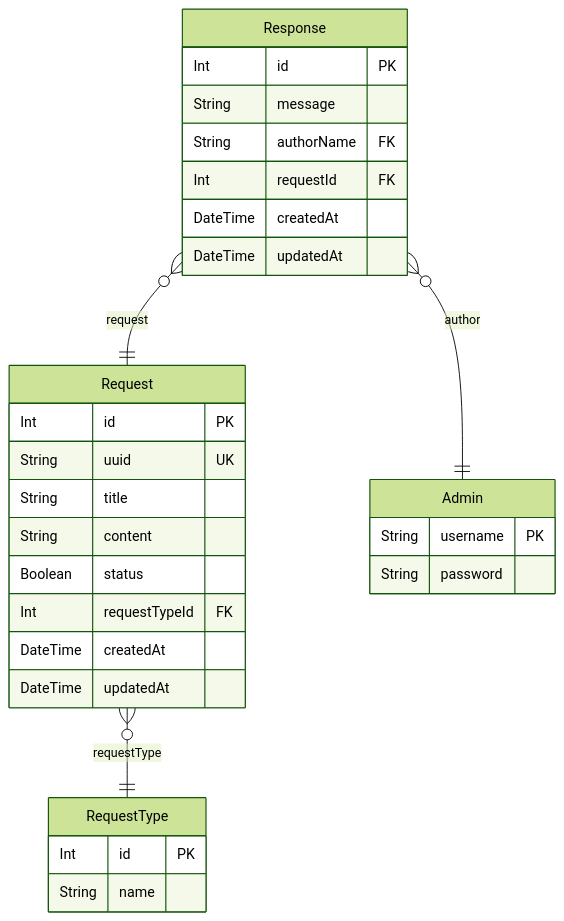
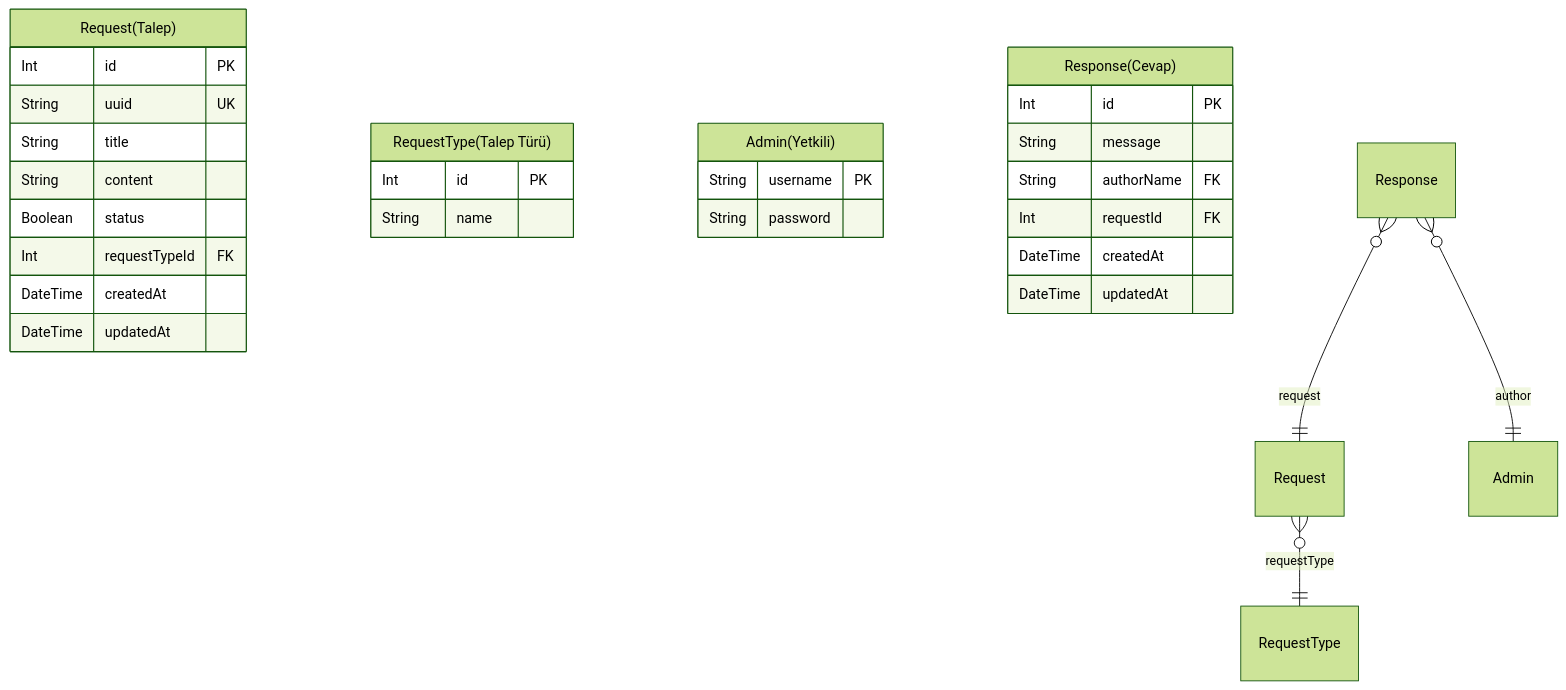
The diagram in prisma/ERD.md (serkandyck/sayem-proje), drawn with Mermaid (forest theme) before and after one commit. The commit also changed other lines of this file, not shown here.

Commit message:
fix ERD Diagram

````diff
--- a/prisma/ERD.md
+++ b/prisma/ERD.md
@@ -6,32 +3,32 @@
 ```mermaid
 erDiagram
-"Request" {
+"Request(Talep)" {
     Int id PK
     String uuid UK
     String title
     String content
     Boolean status
     Int requestTypeId FK
     DateTime createdAt
     DateTime updatedAt
 }
-"RequestType" {
+"RequestType(Talep Türü)" {
     Int id PK
     String name
 }
-"Admin" {
+"Admin(Yetkili)" {
     String username PK
     String password
 }
-"Response" {
+"Response(Cevap)" {
     Int id PK
     String message
     String authorName FK
     Int requestId FK
     DateTime createdAt
     DateTime updatedAt
 }
 "Request" }o--|| "RequestType" : requestType
 "Response" }o--|| "Admin" : author
 "Response" }o--|| "Request" : request
 ```
````
